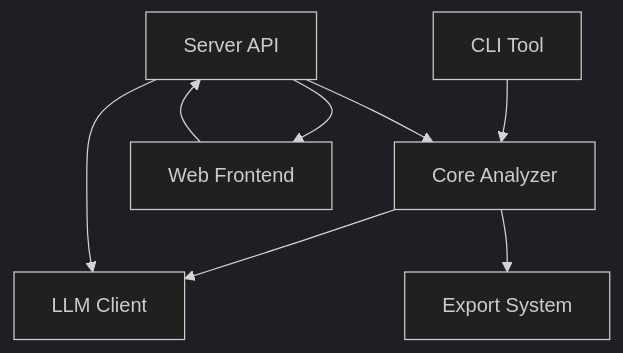
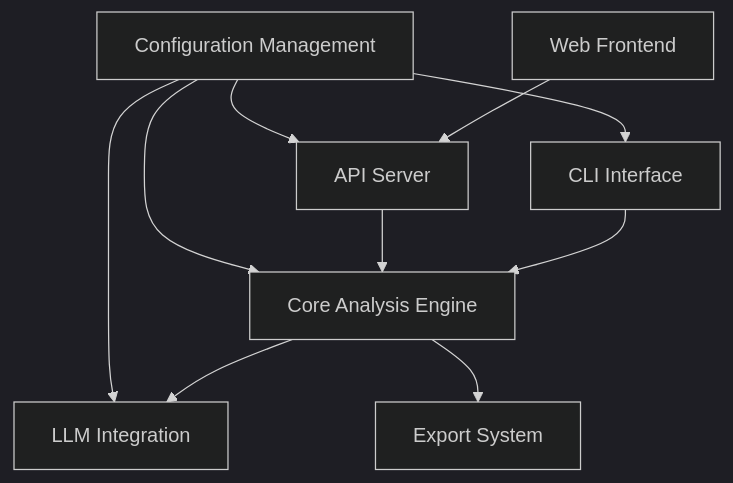
The first of 2 diagrams in architecture.md (he-yufeng/RepoWiki), drawn with Mermaid (dark theme) before and after one commit. The commit also changed other lines of this file and 14 other files, not shown here.

````diff
--- a/architecture.md
+++ b/architecture.md
@@ -9,10 +9,12 @@
 ```mermaid
 graph TD
-  CLI[CLI Tool] --> Core[Core Analyzer]
-  Core --> LLM[LLM Client]
-  Core --> Export[Export System]
-  Server[Server API] --> Core
-  Server --> LLM
-  Frontend[Web Frontend] --> Server
-  Server --> Frontend
+    A[CLI Interface] --> B[Core Analysis Engine]
+    B --> C[LLM Integration]
+    B --> D[Export System]
+    E[Web Frontend] --> F[API Server]
+    F --> B
+    G[Configuration Management] --> A
+    G --> B
+    G --> C
+    G --> F
 ```
````
